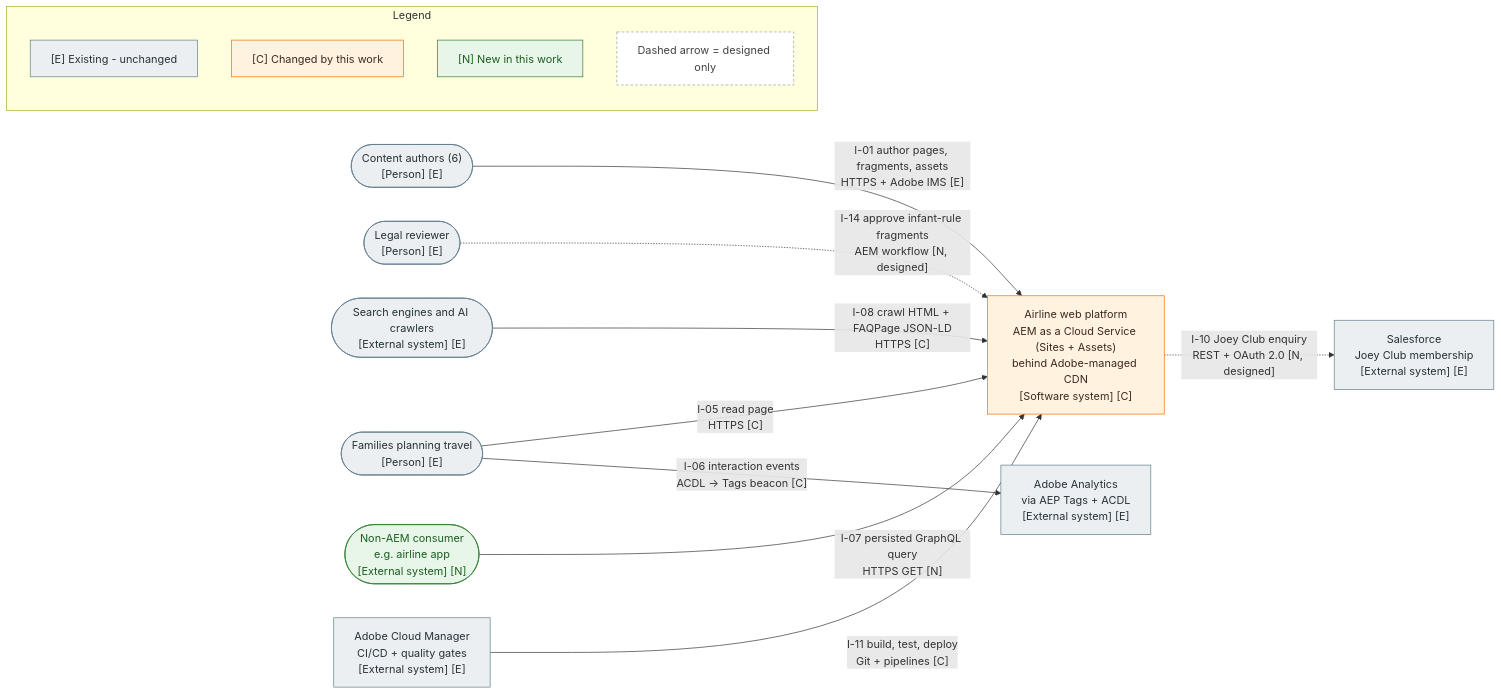
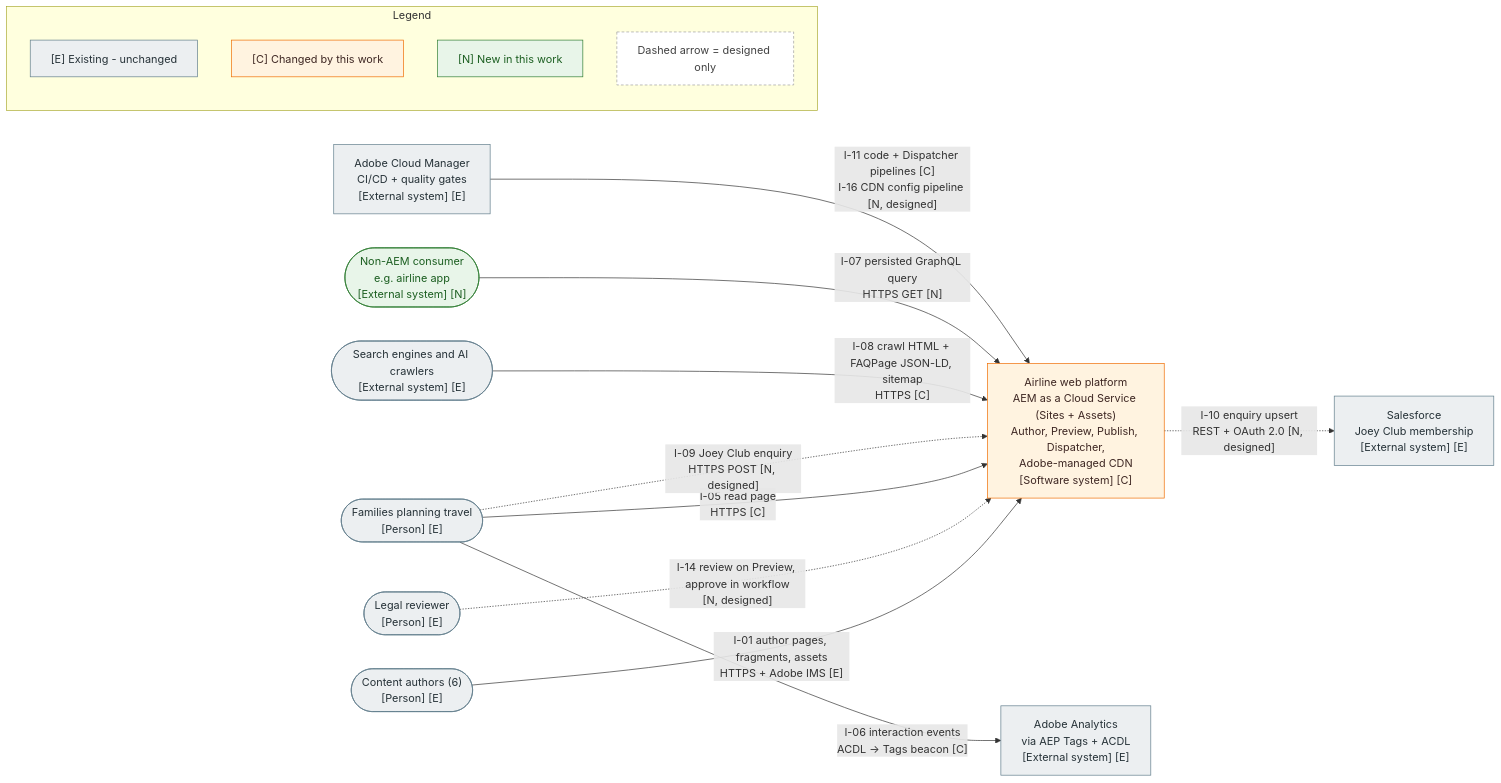
The first of 8 diagrams in docs/02-design.md (herculiank2-prime/airline-infants-children), drawn with Mermaid before and after one commit. The commit also changed other lines of this file and 35 other files, not shown here.

First line of the commit message:
docs: architect review, review resolution and design v1.1

````diff
--- a/docs/02-design.md
+++ b/docs/02-design.md
@@ -12,40 +12,41 @@
 ```mermaid
 %% C4 Level 1 - System context. Impact coding: [E] existing, [N] new, [C] changed. Dashed = designed only (not built in this exercise).
 flowchart LR
     author(["Content authors (6)<br/>[Person] [E]"])
     legal(["Legal reviewer<br/>[Person] [E]"])
     visitor(["Families planning travel<br/>[Person] [E]"])
     crawler(["Search engines and AI crawlers<br/>[External system] [E]"])
     consumer(["Non-AEM consumer<br/>e.g. airline app<br/>[External system] [N]"])
 
-    platform["Airline web platform<br/>AEM as a Cloud Service (Sites + Assets)<br/>behind Adobe-managed CDN<br/>[Software system] [C]"]
+    platform["Airline web platform<br/>AEM as a Cloud Service (Sites + Assets)<br/>Author, Preview, Publish, Dispatcher,<br/>Adobe-managed CDN<br/>[Software system] [C]"]
 
     analytics["Adobe Analytics<br/>via AEP Tags + ACDL<br/>[External system] [E]"]
     salesforce["Salesforce<br/>Joey Club membership<br/>[External system] [E]"]
     cloudmgr["Adobe Cloud Manager<br/>CI/CD + quality gates<br/>[External system] [E]"]
 
     author -- "I-01 author pages, fragments, assets<br/>HTTPS + Adobe IMS [E]" --> platform
-    legal -. "I-14 approve infant-rule fragments<br/>AEM workflow [N, designed]" .-> platform
+    legal -. "I-14 review on Preview, approve in workflow<br/>[N, designed]" .-> platform
     visitor -- "I-05 read page<br/>HTTPS [C]" --> platform
-    crawler -- "I-08 crawl HTML + FAQPage JSON-LD<br/>HTTPS [C]" --> platform
+    visitor -. "I-09 Joey Club enquiry<br/>HTTPS POST [N, designed]" .-> platform
+    crawler -- "I-08 crawl HTML + FAQPage JSON-LD, sitemap<br/>HTTPS [C]" --> platform
     consumer -- "I-07 persisted GraphQL query<br/>HTTPS GET [N]" --> platform
     visitor -- "I-06 interaction events<br/>ACDL -> Tags beacon [C]" --> analytics
-    platform -. "I-10 Joey Club enquiry<br/>REST + OAuth 2.0 [N, designed]" .-> salesforce
-    cloudmgr -- "I-11 build, test, deploy<br/>Git + pipelines [C]" --> platform
+    platform -. "I-10 enquiry upsert<br/>REST + OAuth 2.0 [N, designed]" .-> salesforce
+    cloudmgr -- "I-11 code + Dispatcher pipelines [C]<br/>I-16 CDN config pipeline [N, designed]" --> platform
 
     subgraph legend["Legend"]
         direction TB
         lE["[E] Existing - unchanged"]:::existing
         lC["[C] Changed by this work"]:::changed
         lN["[N] New in this work"]:::new
         lD["Dashed arrow = designed only"]:::note
     end
 
     classDef existing fill:#eceff1,stroke:#607d8b,color:#263238
     classDef changed fill:#fff3e0,stroke:#ef6c00,color:#3e2723
     classDef new fill:#e8f5e9,stroke:#2e7d32,color:#1b5e20
     classDef note fill:#ffffff,stroke:#9e9e9e,stroke-dasharray: 4 3,color:#424242
     class author,legal,visitor,crawler,analytics,salesforce,cloudmgr existing
     class platform changed
     class consumer new
 ```
````
